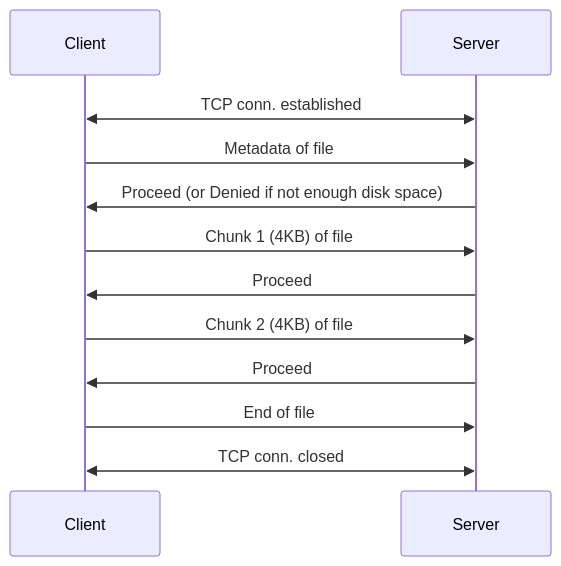
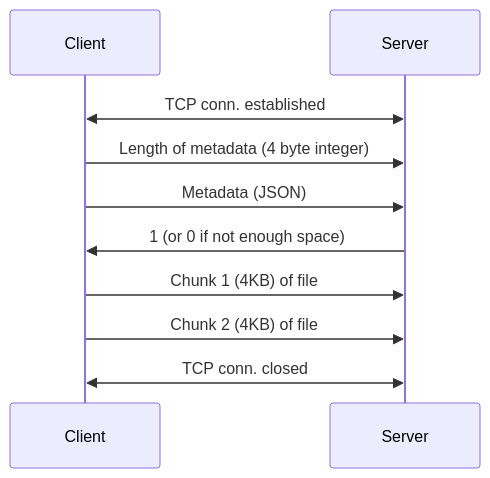
Before and after one commit to ajinspiro/HelloNetwork: the diagram in Program-02-ChunkedDynamic/README.md, drawn with Mermaid. The commit also changed other lines of this file, not shown here.

````diff
--- a/Program-02-ChunkedDynamic/README.md
+++ b/Program-02-ChunkedDynamic/README.md
@@ -21,15 +21,13 @@
 ```mermaid
 sequenceDiagram
     participant Client
     participant Server
 
 Client<<->>Server:TCP conn. established
-Client->>Server:Metadata of file
-Server->>Client:Proceed (or Denied if not enough disk space)
+Client->>Server:Length of metadata (4 byte integer)
+Client->>Server:Metadata (JSON)
+Server->>Client:1 (or 0 if not enough space)
 Client->>Server:Chunk 1 (4KB) of file
-Server->>Client:Proceed
 Client->>Server:Chunk 2 (4KB) of file
-Server->>Client:Proceed
-Client->>Server:End of file
 Client<<->>Server:TCP conn. closed
 ```
````
